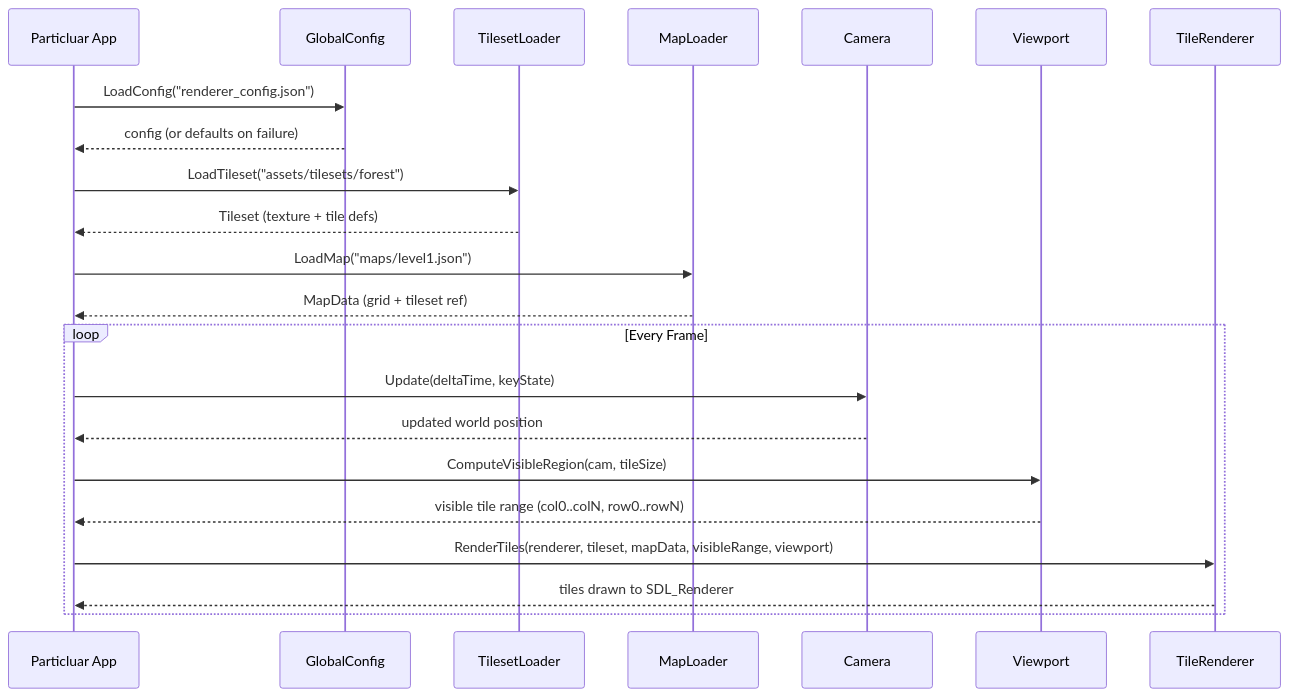
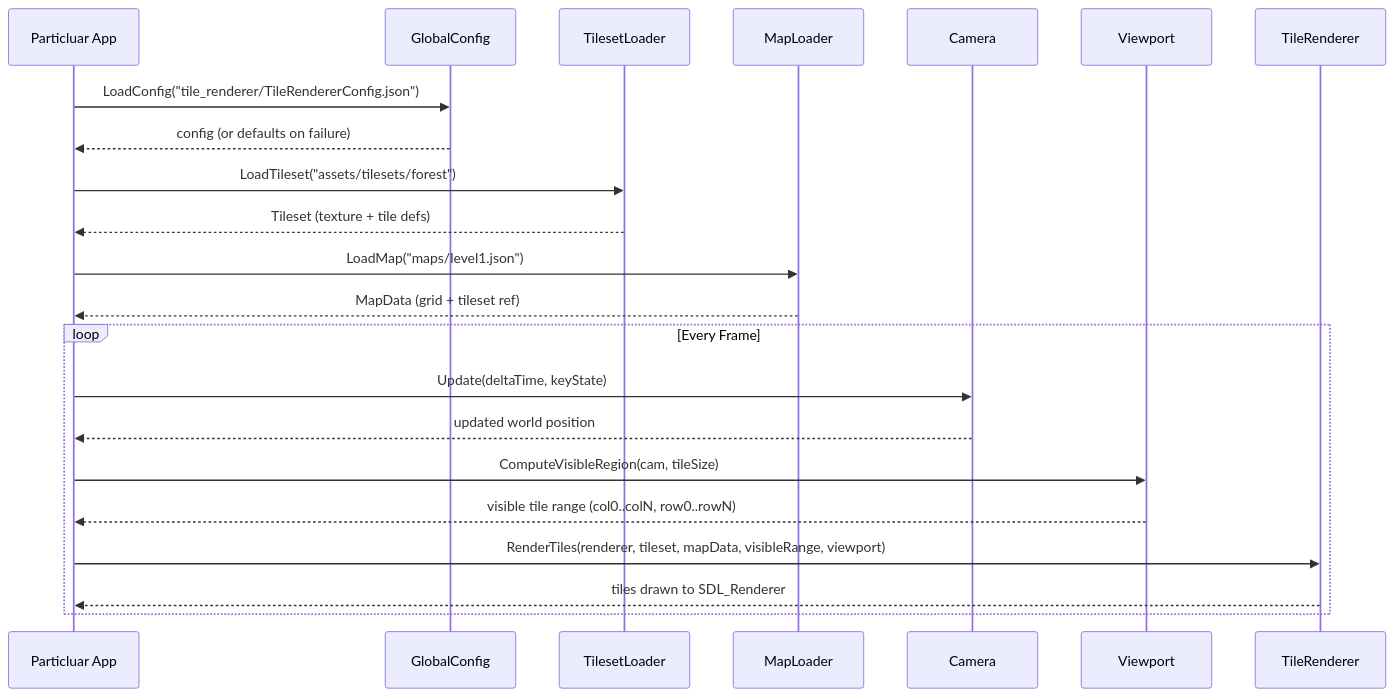
The second of 4 diagrams in .kiro/specs/2d-map-system/design.md (danielsawitzki77/Particluar), drawn with Mermaid before and after one commit. The commit also changed other lines of this file and 2 other files, not shown here.

Commit message:
refactor: rename and move config to tile_renderer/TileRendererConfig.json (danielsawitzki77/Game-Dev-Supreme#114)
Rename renderer_config.json to TileRendererConfig.json and move it into
the tile_renderer/ subfolder as requested. Update all references in
main.cpp and the design spec.

````diff
--- a/.kiro/specs/2d-map-system/design.md
+++ b/.kiro/specs/2d-map-system/design.md
@@ -60,28 +60,28 @@
 ```mermaid
 sequenceDiagram
     participant App as Particluar App
     participant Cfg as GlobalConfig
     participant TL as TilesetLoader
     participant ML as MapLoader
     participant Cam as Camera
     participant VP as Viewport
     participant TR as TileRenderer
 
-    App->>Cfg: LoadConfig("renderer_config.json")
+    App->>Cfg: LoadConfig("tile_renderer/TileRendererConfig.json")
     Cfg-->>App: config (or defaults on failure)
 
     App->>TL: LoadTileset("assets/tilesets/forest")
     TL-->>App: Tileset (texture + tile defs)
 
     App->>ML: LoadMap("maps/level1.json")
     ML-->>App: MapData (grid + tileset ref)
 
     loop Every Frame
         App->>Cam: Update(deltaTime, keyState)
         Cam-->>App: updated world position
         App->>VP: ComputeVisibleRegion(cam, tileSize)
         VP-->>App: visible tile range (col0..colN, row0..rowN)
         App->>TR: RenderTiles(renderer, tileset, mapData, visibleRange, viewport)
         TR-->>App: tiles drawn to SDL_Renderer
     end
 ```
````
